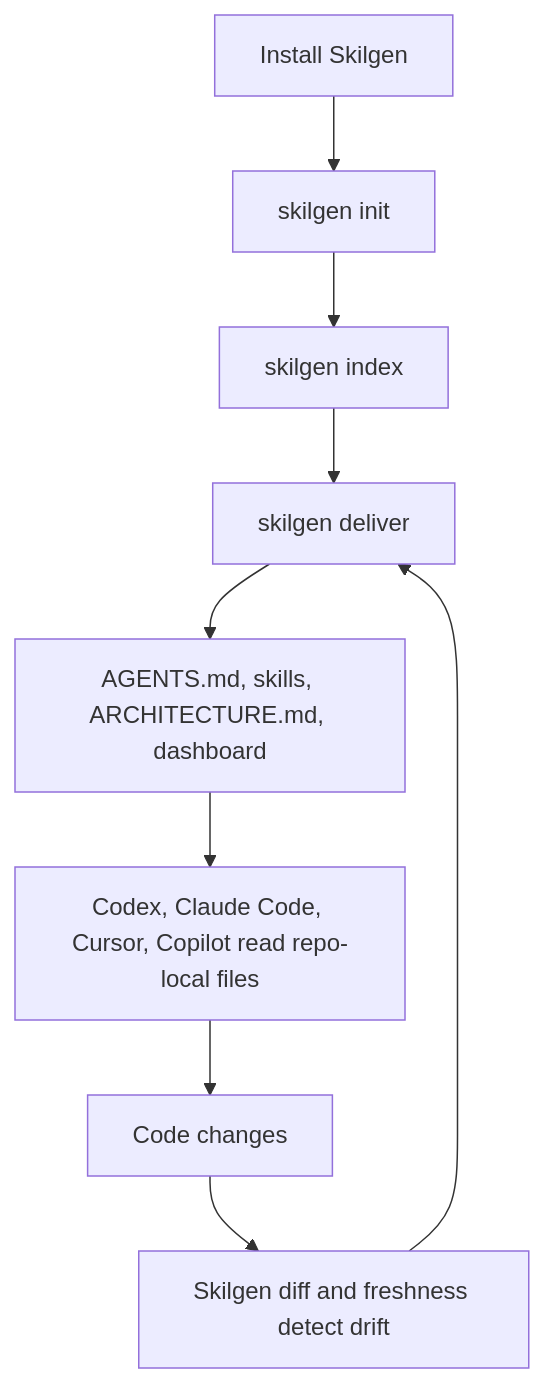
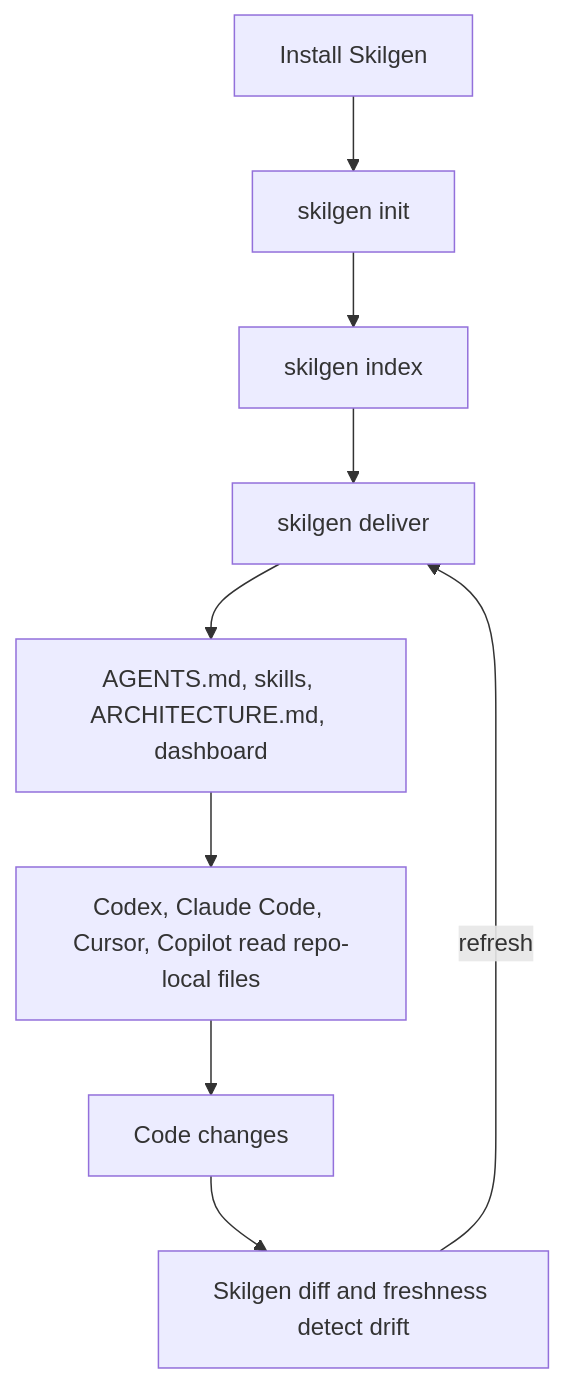
Before and after one commit to skilgen/skilgen: the diagram in README.md, drawn with Mermaid. The commit also changed other lines of this file, not shown here.

````diff
--- a/README.md
+++ b/README.md
@@ -305,11 +314,11 @@
 ```mermaid
 flowchart TD
     A[Install Skilgen] --> B[skilgen init]
     B --> C[skilgen index]
     C --> D[skilgen deliver]
     D --> E[AGENTS.md, skills, ARCHITECTURE.md, dashboard]
     E --> F[Codex, Claude Code, Cursor, Copilot read repo-local files]
     F --> G[Code changes]
     G --> H[Skilgen diff and freshness detect drift]
-    H --> D
+    H -->|refresh| D
 ```
````
